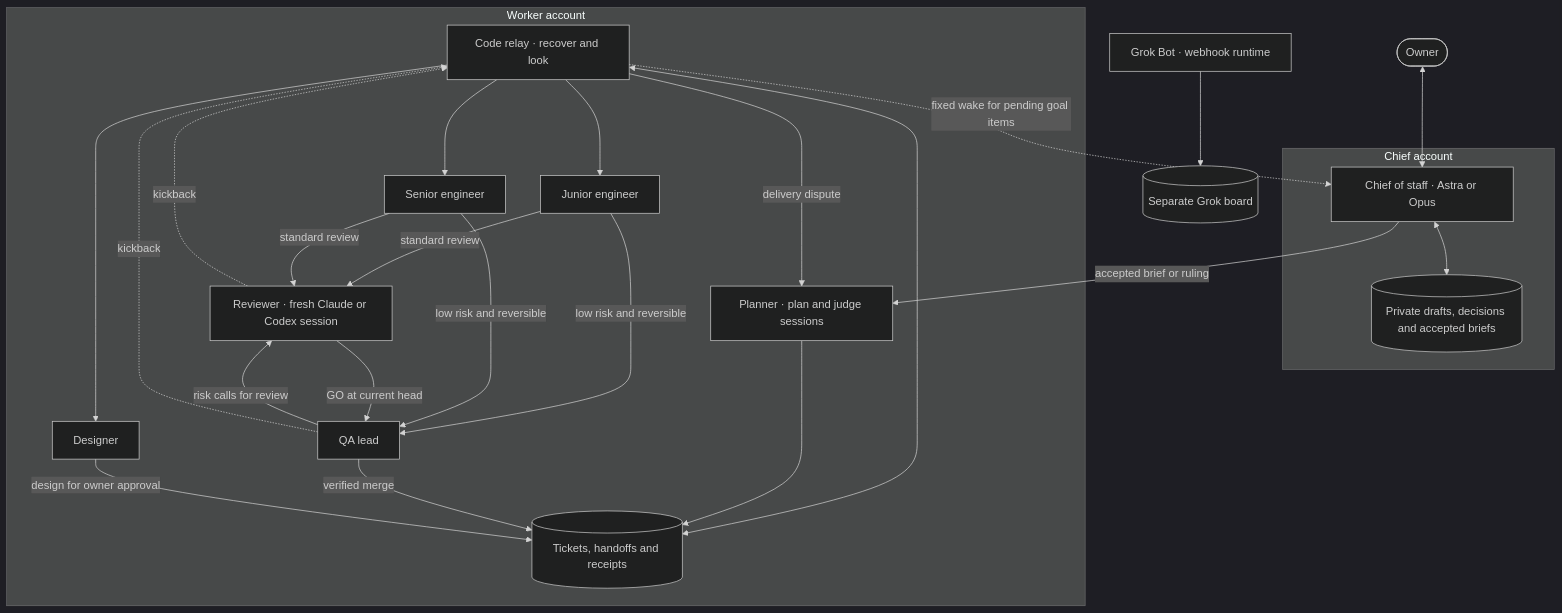
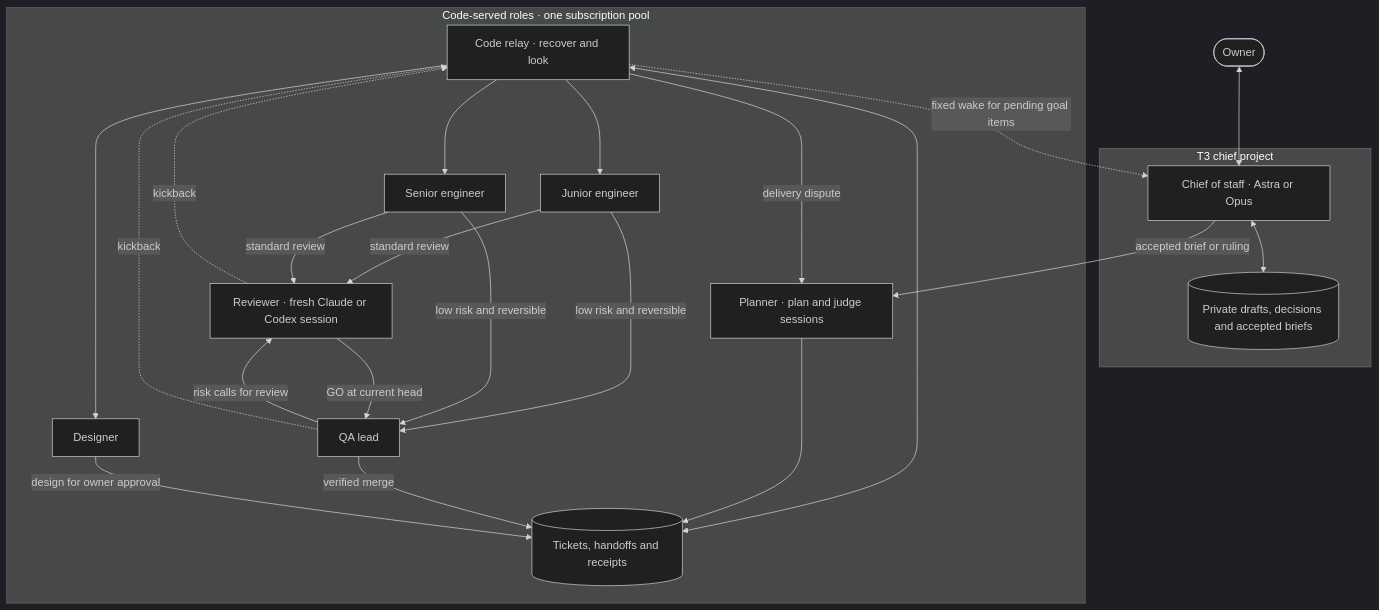
The diagram in docs/team.mermaid (ProlesDei/maestro), drawn with Mermaid (dark theme) before and after one commit. The commit also changed 80 other files, not shown here.

```diff
--- a/docs/team.mermaid
+++ b/docs/team.mermaid
@@ -1,32 +1,31 @@
 flowchart TD
     Owner([Owner])
-    subgraph Chief["Chief account"]
+    subgraph T3["T3 chief project"]
         C["Chief of staff · Astra or Opus"]
         Memory[("Private drafts, decisions and accepted briefs")]
         C <--> Memory
     end
-    subgraph Worker["Worker account"]
+    subgraph Team["Code-served roles · one subscription pool"]
         P["Planner · plan and judge sessions"]
         Router["Code relay · recover and look"]
         D["Designer"]
         J["Junior engineer"]
         S["Senior engineer"]
         R["Reviewer · fresh Claude or Codex session"]
         Q["QA lead"]
         Board[("Tickets, handoffs and receipts")]
         Router <--> Board
         P --> Board
         Router --> D & J & S
         J & S -->|"standard review"| R
         J & S -->|"low risk and reversible"| Q
         Q -->|"risk calls for review"| R
         R -->|"GO at current head"| Q
         R & Q -.->|"kickback"| Router
         Q -->|"verified merge"| Board
         Router -->|"delivery dispute"| P
     end
     Owner <--> C
     C -->|"accepted brief or ruling"| P
     Router -.->|"fixed wake for pending goal items"| C
     D -->|"design for owner approval"| Board
-    Grok["Grok Bot · webhook runtime"] --> Old[("Separate Grok board")]
```
